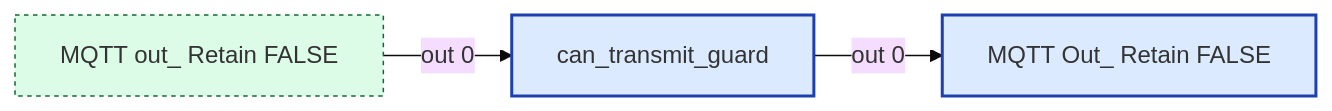
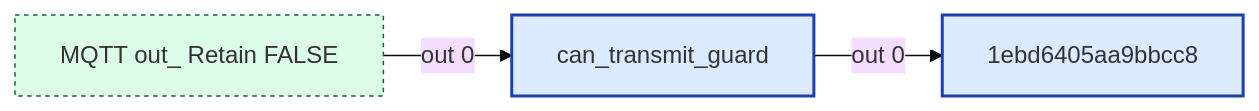
The seventh of 35 diagrams in src/wiring/config.md (Backroads4Me/librecoach-node-red), drawn with Mermaid (base theme) before and after one commit. The commit also changed other lines of this file and 2 other files, not shown here.

````diff
--- a/src/wiring/config.md
+++ b/src/wiring/config.md
@@ -260,14 +260,14 @@
 ```mermaid
 flowchart LR
   classDef fn fill:#dbeafe,stroke:#1e40af,stroke-width:2px
   classDef ui fill:#ede9fe,stroke:#5b21b6,stroke-width:2px
   classDef sub fill:#fef3c7,stroke:#92400e,stroke-width:2px
   classDef link fill:#dcfce7,stroke:#166534,stroke-width:1px,stroke-dasharray:3 3
   classDef config fill:#f3f4f6,stroke:#6b7280,stroke-width:1px,stroke-dasharray:2 2
   classDef disabled opacity:0.5,stroke-dasharray:4 4
-  n_1ac6e0fa1cbb["MQTT Out_ Retain FALSE"]:::fn
+  n_1ebd6405aa9b["1ebd6405aa9bbcc8"]:::fn
   n_74329f13cbbc["MQTT out_ Retain FALSE"]:::link
   n_ca7e7aa2d0a0["can_transmit_guard"]:::fn
   n_74329f13cbbc -->|out 0| n_ca7e7aa2d0a0
-  n_ca7e7aa2d0a0 -->|out 0| n_1ac6e0fa1cbb
+  n_ca7e7aa2d0a0 -->|out 0| n_1ebd6405aa9b
 ```
````
